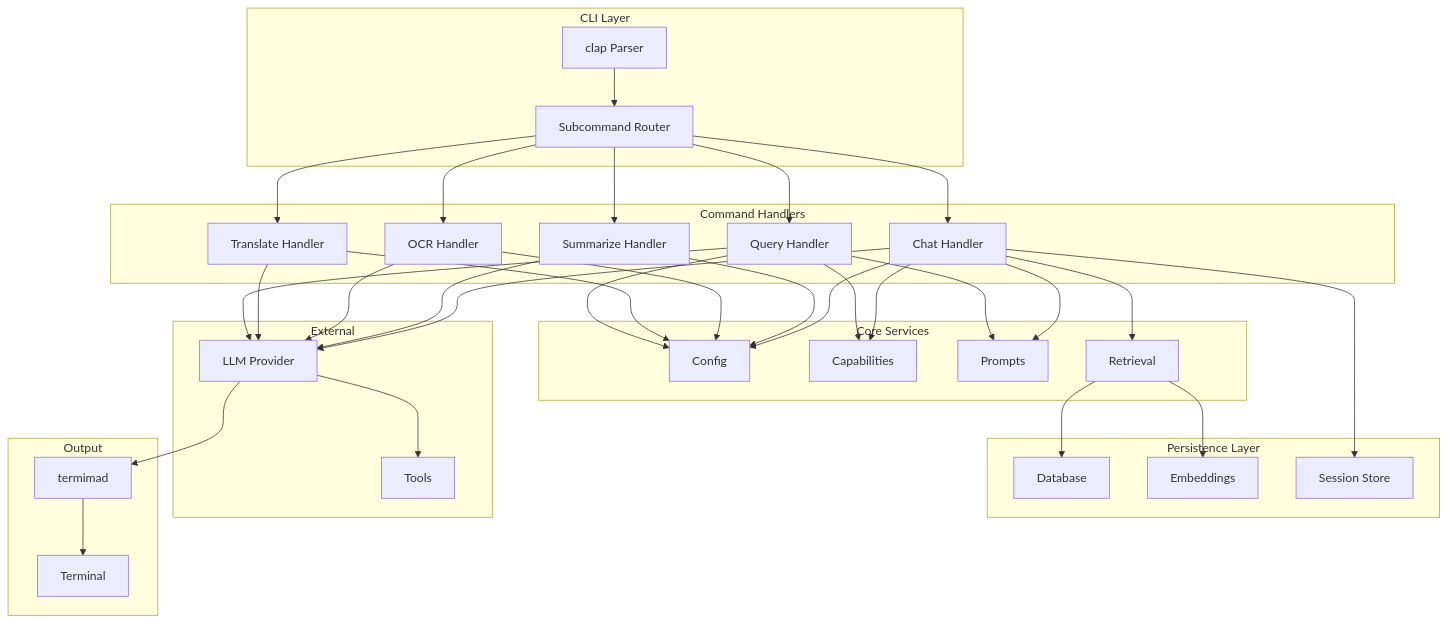
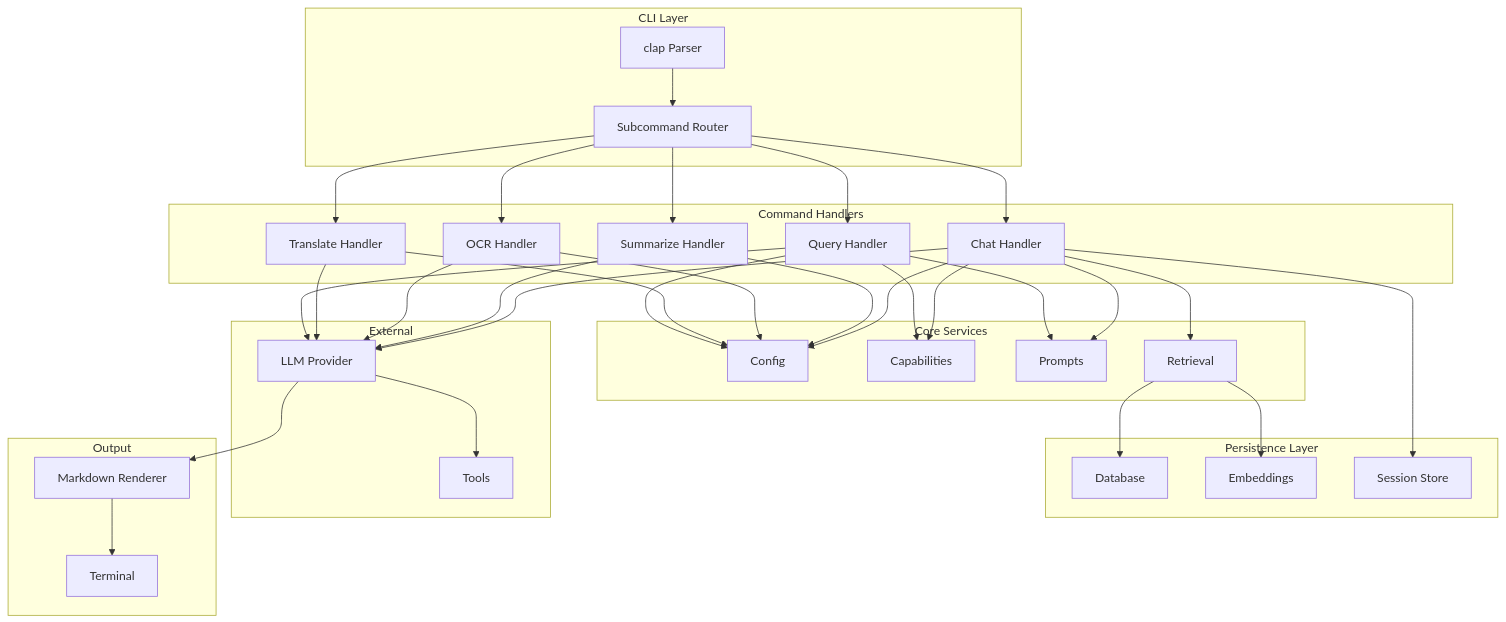
Before and after one commit to luksamuk/sprachspiel: the first of 8 diagrams in doc/src/development/architecture.md, drawn with Mermaid. The commit also changed other lines of this file and 20 other files, not shown here.

````diff
--- a/doc/src/development/architecture.md
+++ b/doc/src/development/architecture.md
@@ -11,47 +11,47 @@
 ```mermaid
 graph TB
     subgraph CLI["CLI Layer"]
         A[clap Parser] --> B[Subcommand Router]
     end
 
     subgraph Handlers["Command Handlers"]
         B --> C[Query Handler]
         B --> D[Translate Handler]
         B --> E[OCR Handler]
         B --> F[Summarize Handler]
         B --> G[Chat Handler]
     end
 
     subgraph Core["Core Services"]
         C --> H[Config]
         D --> H
         E --> H
         F --> H
         G --> H
         C --> I[Capabilities]
         G --> I
         C --> J[Prompts]
         G --> J
         G --> K[Retrieval]
     end
 
     subgraph Storage["Persistence Layer"]
         K --> L[Database]
         K --> M[Embeddings]
         G --> N[Session Store]
     end
 
     subgraph External["External"]
         C --> O[LLM Provider]
         D --> O
         E --> O
         F --> O
         G --> O
         O --> P[Tools]
     end
 
     subgraph Output["Output"]
-        O --> Q[termimad]
+        O --> Q[Markdown Renderer]
         Q --> R[Terminal]
     end
 ```
````
